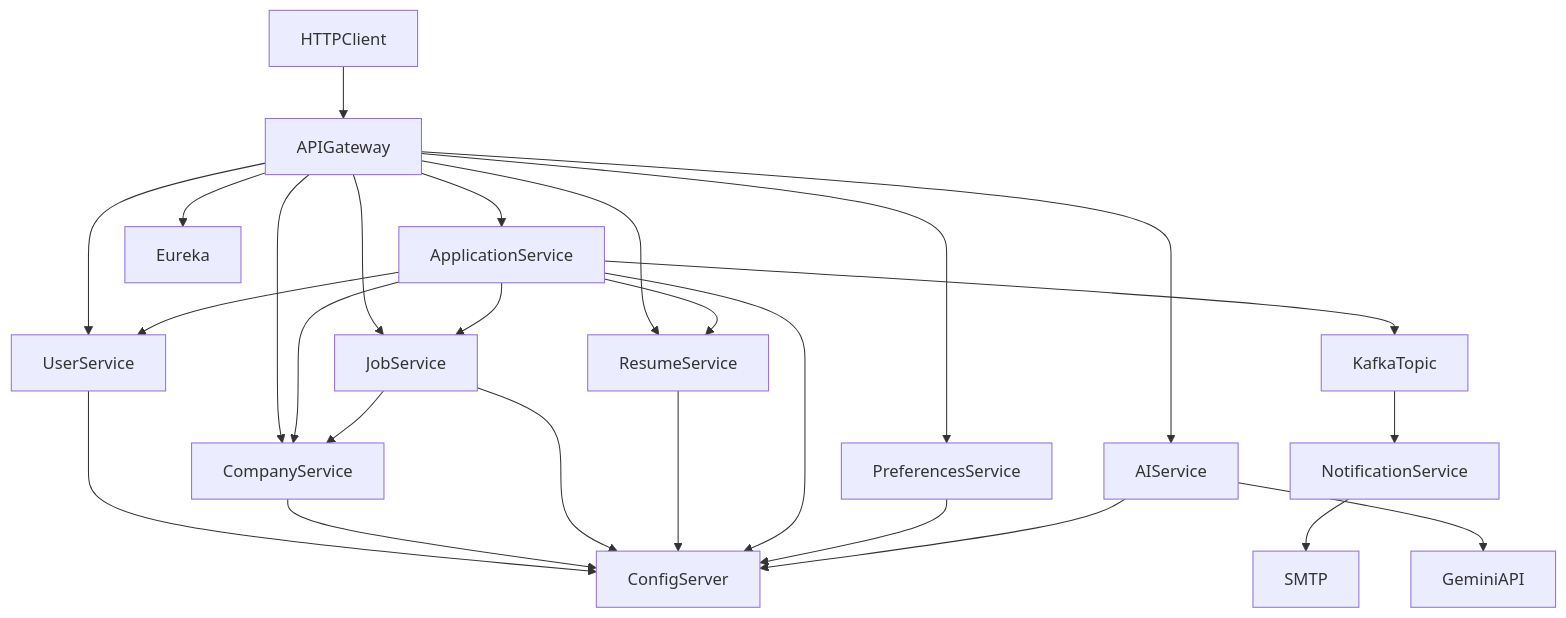
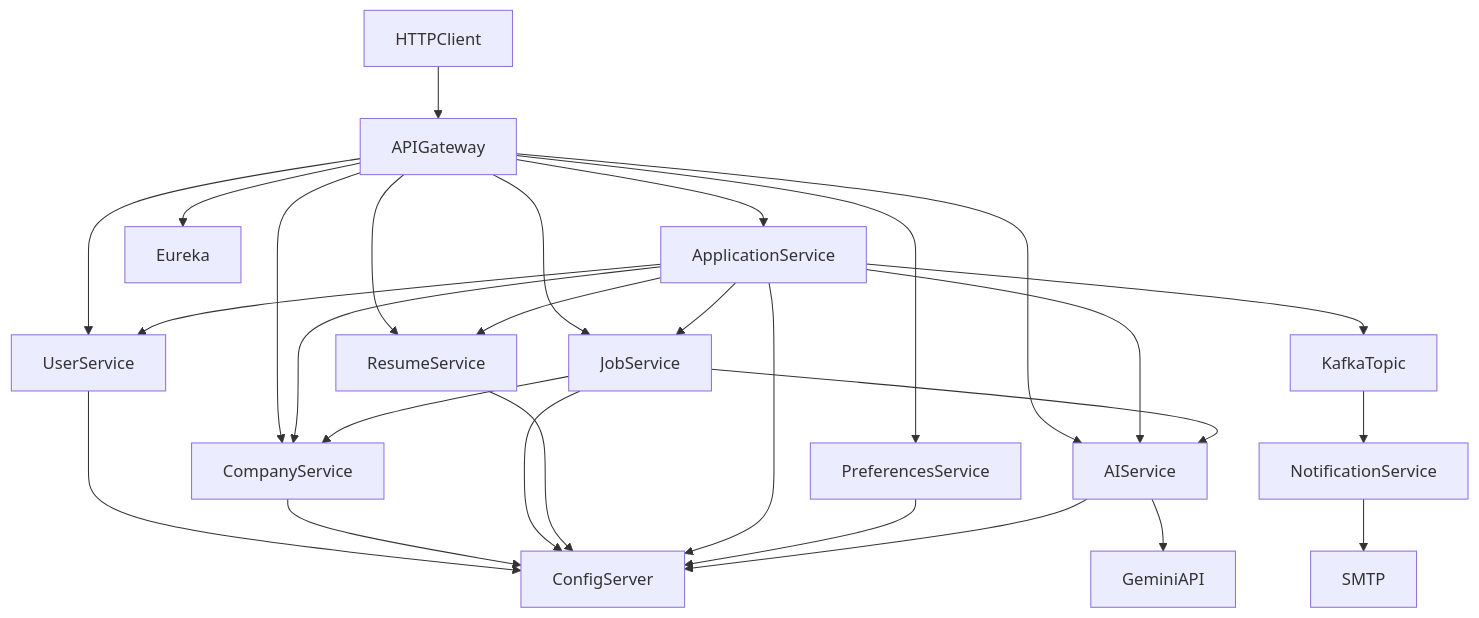
The diagram in docs/ARCHITECTURE.md (sameer6576/aiJobPortal), drawn with Mermaid before and after one commit. The commit also changed other lines of this file and 49 other files, not shown here.

````diff
--- a/docs/ARCHITECTURE.md
+++ b/docs/ARCHITECTURE.md
@@ -9,28 +9,30 @@
 ```mermaid
 flowchart TB
   Client[HTTPClient] --> Gateway[APIGateway]
   Gateway --> User[UserService]
   Gateway --> Company[CompanyService]
   Gateway --> Job[JobService]
   Gateway --> Resume[ResumeService]
   Gateway --> Application[ApplicationService]
   Gateway --> Preferences[PreferencesService]
   Gateway --> AI[AIService]
   Application --> User
   Application --> Company
   Application --> Job
   Application --> Resume
+  Application --> AI
+  Job --> AI
   Job --> Company
   Application --> Kafka[KafkaTopic]
   Kafka --> Notification[NotificationService]
   Notification --> SMTP[SMTP]
   AI --> Gemini[GeminiAPI]
   Gateway --> Eureka[Eureka]
   User --> Config[ConfigServer]
   Company --> Config
   Job --> Config
   Resume --> Config
   Application --> Config
   Preferences --> Config
   AI --> Config
 ```
````
